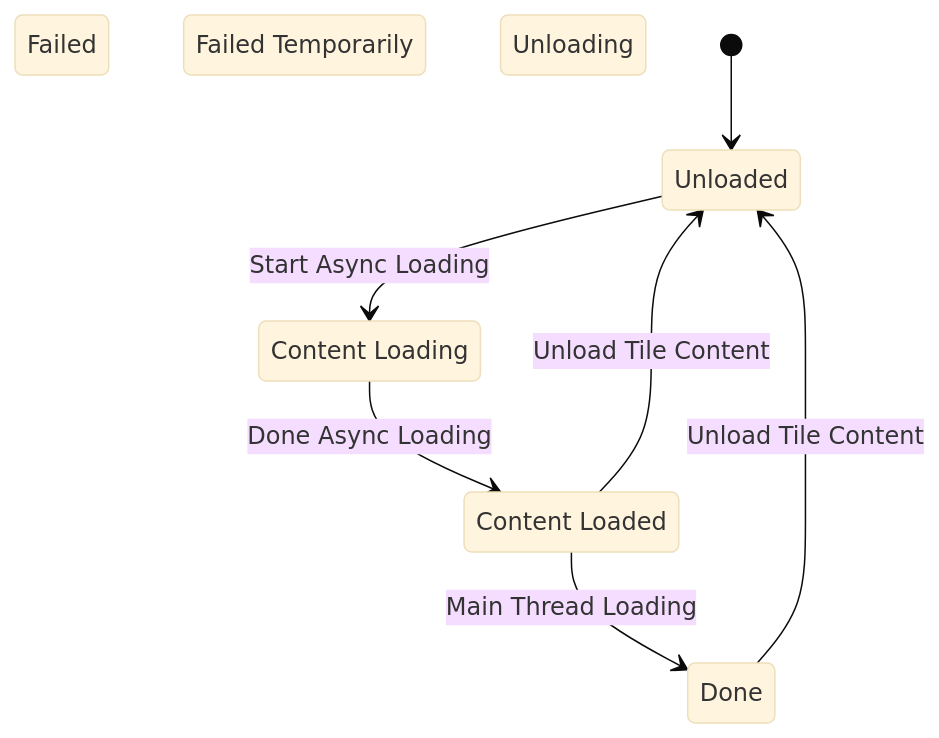
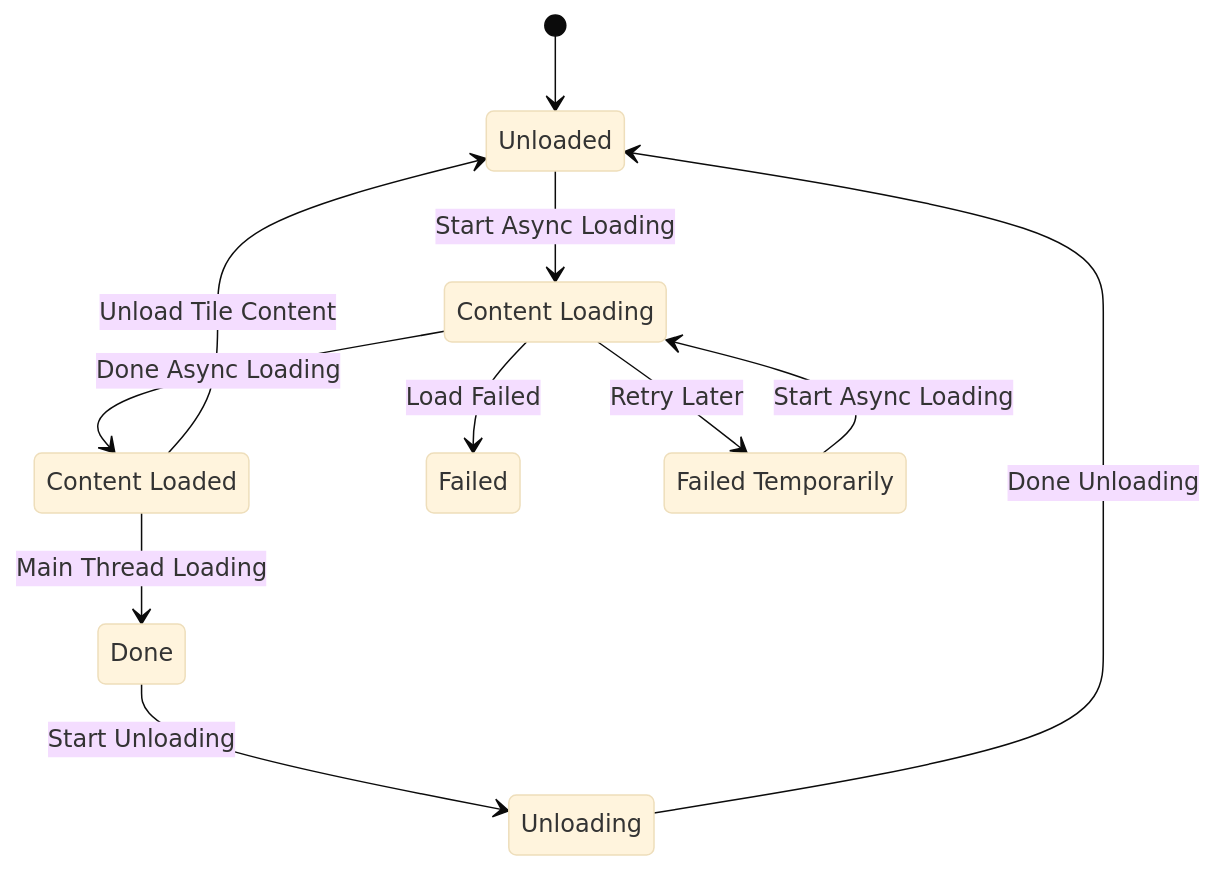
Before and after one commit to CesiumGS/cesium-native: the diagram in doc/diagrams/tile-load-states.mmd, drawn with Mermaid (base theme).

Commit message:
Add remaining states to load state diagram.

```diff
--- a/doc/diagrams/tile-load-states.mmd
+++ b/doc/diagrams/tile-load-states.mmd
@@ -1,14 +1,18 @@
 stateDiagram-v2
   unloaded : Unloaded
   contentLoading : Content Loading
   contentLoaded : Content Loaded
   done : Done
   failed : Failed
   failedTemp : Failed Temporarily
   unloading : Unloading
   [*] --> unloaded
   unloaded --> contentLoading: Start Async Loading
   contentLoading --> contentLoaded: Done Async Loading
+  contentLoading --> failed: Load Failed
+  contentLoading --> failedTemp: Retry Later
+  failedTemp --> contentLoading: Start Async Loading
   contentLoaded --> done: Main Thread Loading
   contentLoaded --> unloaded: Unload Tile Content
-  done --> unloaded: Unload Tile Content
+  done --> unloading: Start Unloading
+  unloading --> unloaded: Done Unloading
```
